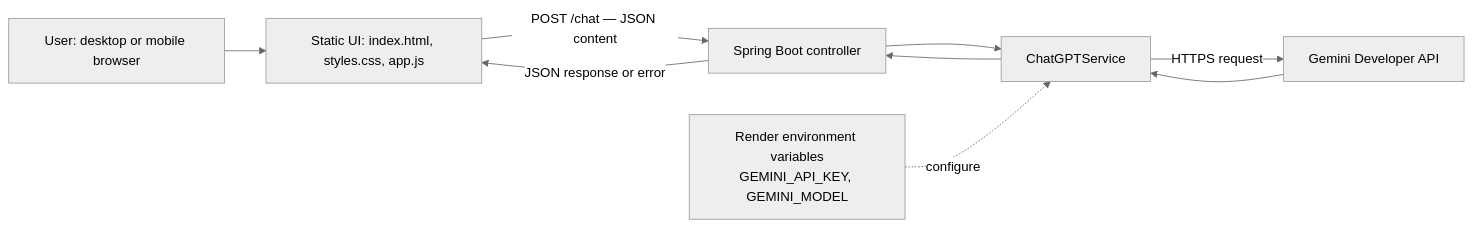
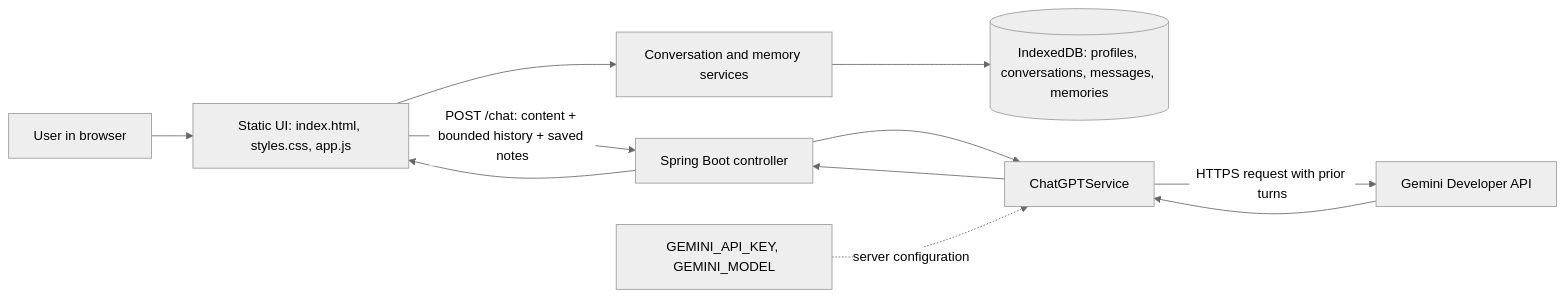
The diagram in docs/architecture.md (Pariram140/chat-bot), drawn with Mermaid (neutral theme) before and after one commit. The commit also changed other lines of this file and 12 other files, not shown here.

First line of the commit message:
Add browser-based conversation and long-term memory (#7)

````diff
--- a/docs/architecture.md
+++ b/docs/architecture.md
@@ -7,11 +7,13 @@
 ```mermaid
 flowchart LR
-    U["User: desktop or mobile browser"] --> UI["Static UI: index.html, styles.css, app.js"]
-    UI -->|"POST /chat — JSON content"| API["Spring Boot controller"]
+    U["User in browser"] --> UI["Static UI: index.html, styles.css, app.js"]
+    UI --> STORE["Conversation and memory services"]
+    STORE --> IDB[("IndexedDB: profiles, conversations, messages, memories")]
+    UI -->|"POST /chat: content + bounded history + saved notes"| API["Spring Boot controller"]
     API --> SVC["ChatGPTService"]
-    SVC -->|"HTTPS request"| GEM["Gemini Developer API"]
+    SVC -->|"HTTPS request with prior turns"| GEM["Gemini Developer API"]
     GEM --> SVC
     SVC --> API
-    API -->|"JSON response or error"| UI
-    ENV["Render environment variables\nGEMINI_API_KEY, GEMINI_MODEL"] -. configure .-> SVC
+    API --> UI
+    ENV["GEMINI_API_KEY, GEMINI_MODEL"] -. server configuration .-> SVC
 ```
````
